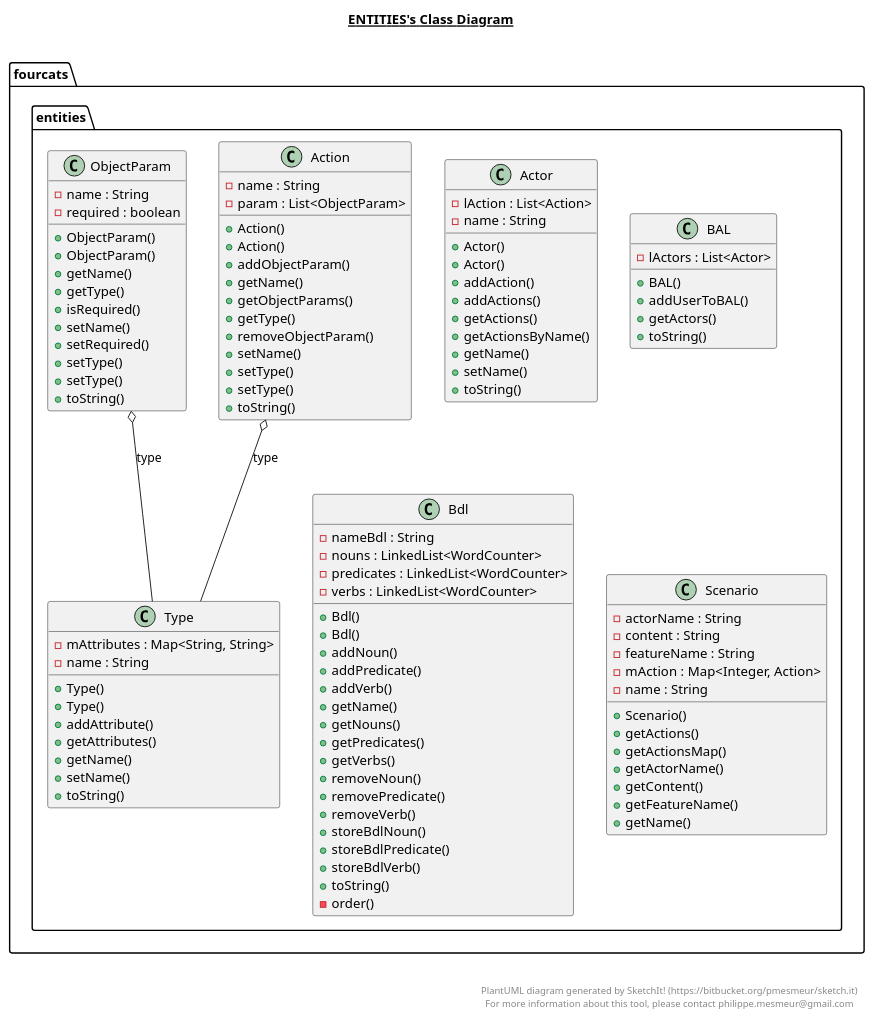
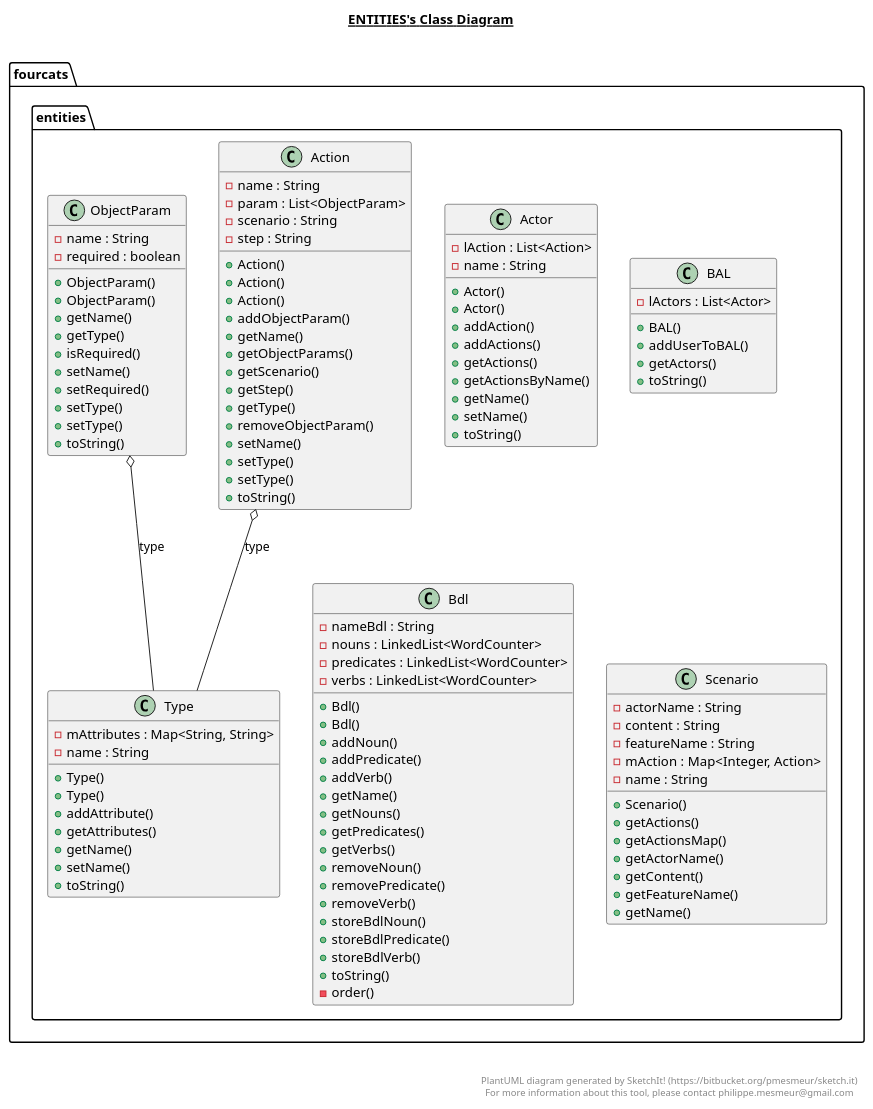
One commit to fourcatsteam/NaturalAPI changed the diagram in NaturalAPI_Design/src/main/java/fourcats/entities/Entities.plantuml. Above: the diagram before and after it, drawn with PlantUML. The commit also changed 22 other files, not shown here.

```diff
--- a/NaturalAPI_Design/src/main/java/fourcats/entities/Entities.plantuml
+++ b/NaturalAPI_Design/src/main/java/fourcats/entities/Entities.plantuml
@@ -1,155 +1,138 @@
 @startuml
 
 title __ENTITIES's Class Diagram__\n
 
-  namespace fourcats {
-    namespace entities {
       class fourcats.entities.Action {
           - name : String
           - param : List<ObjectParam>
+          - scenario : String
+          - step : String
+          + Action()
           + Action()
           + Action()
           + addObjectParam()
           + getName()
           + getObjectParams()
+          + getScenario()
+          + getStep()
           + getType()
           + removeObjectParam()
           + setName()
           + setType()
           + setType()
           + toString()
       }
-    }
-  }
+
+
   
 
-  namespace fourcats {
-    namespace entities {
       class fourcats.entities.Actor {
           - lAction : List<Action>
           - name : String
           + Actor()
           + Actor()
           + addAction()
           + addActions()
           + getActions()
           + getActionsByName()
           + getName()
           + setName()
           + toString()
       }
-    }
-  }
+
   
 
-  namespace fourcats {
-    namespace entities {
       class fourcats.entities.BAL {
           - lActors : List<Actor>
           + BAL()
           + addUserToBAL()
           + getActors()
           + toString()
       }
-    }
-  }
+
   
 
-  namespace fourcats {
-    namespace entities {
       class fourcats.entities.Bdl {
           - nameBdl : String
           - nouns : LinkedList<WordCounter>
           - predicates : LinkedList<WordCounter>
           - verbs : LinkedList<WordCounter>
           + Bdl()
           + Bdl()
           + addNoun()
           + addPredicate()
           + addVerb()
           + getName()
           + getNouns()
           + getPredicates()
           + getVerbs()
           + removeNoun()
           + removePredicate()
           + removeVerb()
           + storeBdlNoun()
           + storeBdlPredicate()
           + storeBdlVerb()
           + toString()
           - order()
       }
-    }
-  }
-  
 
-  namespace fourcats {
-    namespace entities {
+
       class fourcats.entities.ObjectParam {
           - name : String
           - required : boolean
           + ObjectParam()
           + ObjectParam()
           + getName()
           + getType()
           + isRequired()
           + setName()
           + setRequired()
           + setType()
           + setType()
           + toString()
       }
-    }
-  }
-  
 
-  namespace fourcats {
-    namespace entities {
+
       class fourcats.entities.Scenario {
           - actorName : String
           - content : String
           - featureName : String
           - mAction : Map<Integer, Action>
           - name : String
           + Scenario()
           + getActions()
           + getActionsMap()
           + getActorName()
           + getContent()
           + getFeatureName()
           + getName()
       }
-    }
-  }
-  
 
-  namespace fourcats {
-    namespace entities {
+
+
       class fourcats.entities.Type {
           - mAttributes : Map<String, String>
           - name : String
           + Type()
           + Type()
           + addAttribute()
           + getAttributes()
           + getName()
           + setName()
           + toString()
       }
-    }
-  }
+
   
 
   fourcats.entities.Action o-- fourcats.entities.Type : type
   fourcats.entities.ObjectParam o-- fourcats.entities.Type : type
 
 
 right footer
 
 
 PlantUML diagram generated by SketchIt! (https://bitbucket.org/pmesmeur/sketch.it)
 For more information about this tool, please contact philippe.mesmeur@gmail.com
 endfooter
 
 @enduml
```
